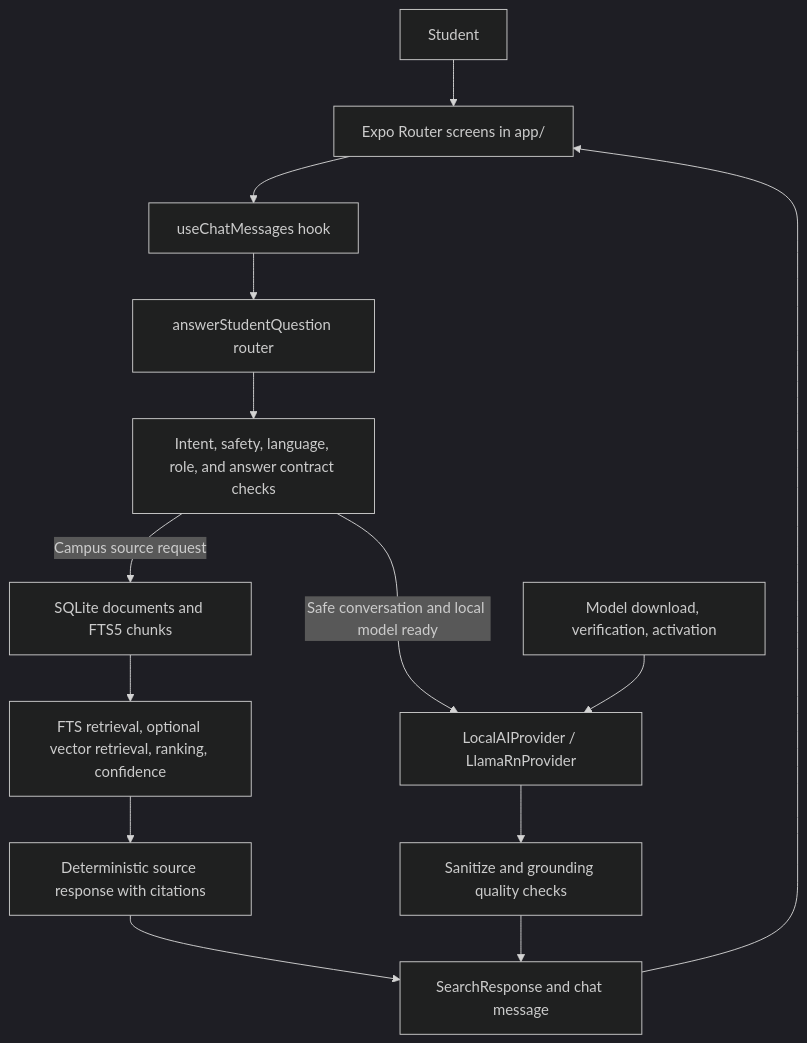
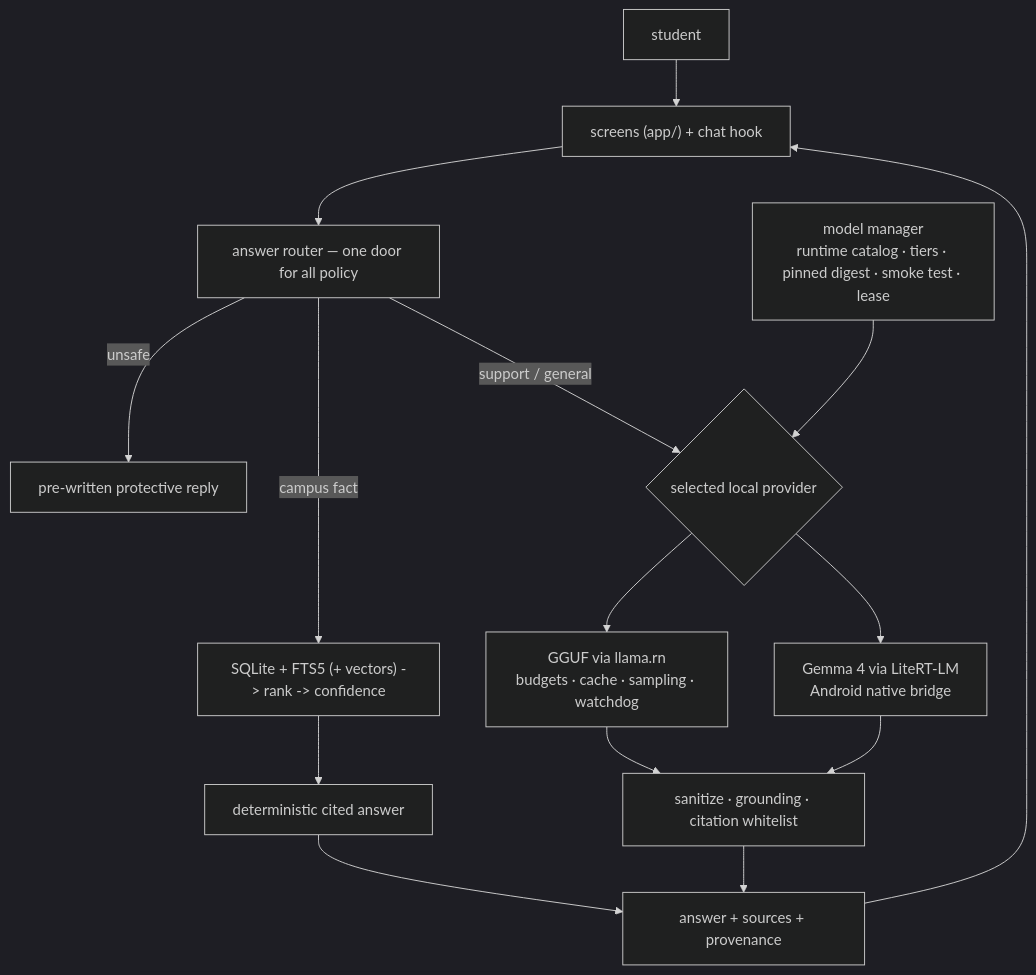
One commit to supertaku/Scrambled-Egg changed the fourth of 4 diagrams in docs/building-haki-from-scratch.md. Above: the diagram before and after it, drawn with Mermaid (dark theme). The commit also changed other lines of this file and 28 other files, not shown here.

````diff
--- a/docs/building-haki-from-scratch.md
+++ b/docs/building-haki-from-scratch.md
@@ -139,16 +929,17 @@
 ```mermaid
 flowchart TD
-    U["Student"] --> S["Expo Router screens in app/"]
-    S --> H["useChatMessages hook"]
-    H --> R["answerStudentQuestion router"]
-    R --> I["Intent, safety, language, role, and answer contract checks"]
-    I -->|Campus source request| DB["SQLite documents and FTS5 chunks"]
-    DB --> RET["FTS retrieval, optional vector retrieval, ranking, confidence"]
-    RET --> DET["Deterministic source response with citations"]
-    I -->|Safe conversation and local model ready| LM["LocalAIProvider / LlamaRnProvider"]
-    MM["Model download, verification, activation"] --> LM
-    LM --> GUARD["Sanitize and grounding quality checks"]
-    DET --> OUT["SearchResponse and chat message"]
-    GUARD --> OUT
-    OUT --> S
+    U["student"] --> UI["screens (app/) + chat hook"]
+    UI --> R["answer router — one door for all policy"]
+    R -->|unsafe| FIX["pre-written protective reply"]
+    R -->|campus fact| RET["SQLite + FTS5 (+ vectors) -> rank -> confidence"]
+    RET --> DET["deterministic cited answer"]
+    R -->|support / general| PICK{"selected local provider"}
+    PICK --> GGUF["GGUF via llama.rn<br/>budgets · cache · sampling · watchdog"]
+    PICK --> LRT["Gemma 4 via LiteRT-LM<br/>Android native bridge"]
+    MM["model manager<br/>runtime catalog · tiers · pinned digest · smoke test · lease"] --> PICK
+    GGUF --> G["sanitize · grounding · citation whitelist"]
+    LRT --> G
+    DET --> OUT["answer + sources + provenance"]
+    G --> OUT
+    OUT --> UI
 ```
````
